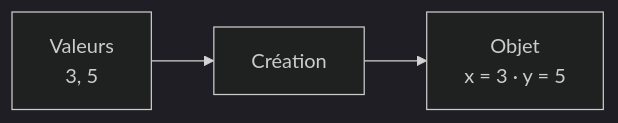
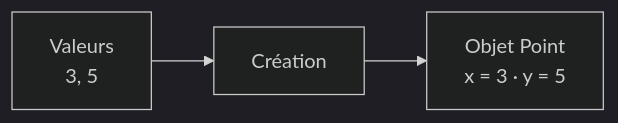
Before and after one commit to rezakaziz/programmation-cours: the first of 4 diagrams in cours/02/pages/constructeur.md, drawn with Mermaid (dark theme). The commit also changed other lines of this file and 9 other files, not shown here.

````diff
--- a/cours/02/pages/constructeur.md
+++ b/cours/02/pages/constructeur.md
@@ -223,8 +130,8 @@
 ```mermaid {theme: 'neutral', scale: 0.7}
 flowchart LR
     V["Valeurs<br/>3, 5"]
     C["Création"]
-    O["Objet<br/>x = 3 · y = 5"]
+    O["Objet Point<br/>x = 3 · y = 5"]
 
     V --> C --> O
 ```
````
